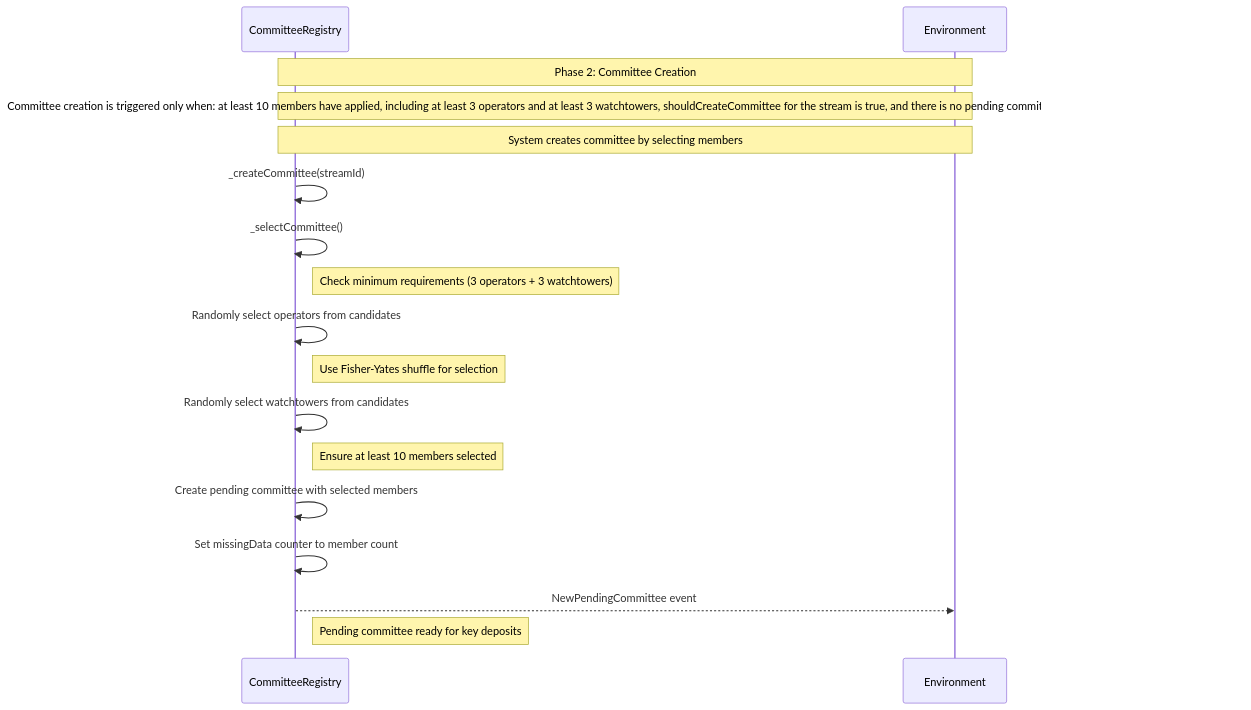
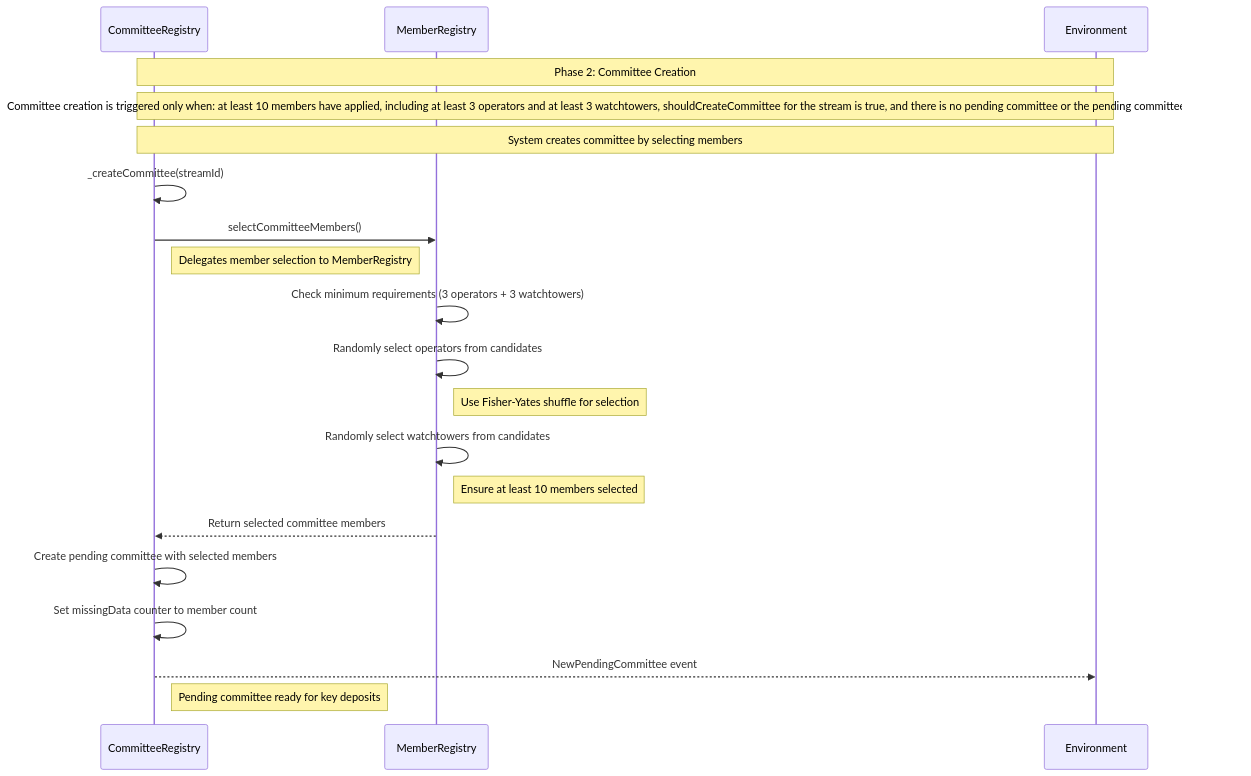
Before and after one commit to rsksmart/union-bridge-contracts: the second of 11 diagrams in docs/src/README.md, drawn with Mermaid. The commit also changed other lines of this file and 7 other files, not shown here.

Commit message:
update documentation after CommitteeRegistry split

````diff
--- a/docs/src/README.md
+++ b/docs/src/README.md
@@ -71,21 +74,24 @@
 ```mermaid
 sequenceDiagram
     participant CR as CommitteeRegistry
+    participant MR as MemberRegistry
     participant ENV as Environment
 
     Note over CR,ENV: Phase 2: Committee Creation
     Note over CR,ENV: Committee creation is triggered only when: at least 10 members have applied, including at least 3 operators and at least 3 watchtowers, shouldCreateCommittee for the stream is true, and there is no pending committee or the pending committee has expired
     Note over CR,ENV: System creates committee by selecting members
 
     CR->>CR: _createCommittee(streamId)
-    CR->>CR: _selectCommittee()
-    Note right of CR: Check minimum requirements (3 operators + 3 watchtowers)
-    CR->>CR: Randomly select operators from candidates
-    Note right of CR: Use Fisher-Yates shuffle for selection
-    CR->>CR: Randomly select watchtowers from candidates
-    Note right of CR: Ensure at least 10 members selected
+    CR->>MR: selectCommitteeMembers()
+    Note right of CR: Delegates member selection to MemberRegistry
+    MR->>MR: Check minimum requirements (3 operators + 3 watchtowers)
+    MR->>MR: Randomly select operators from candidates
+    Note right of MR: Use Fisher-Yates shuffle for selection
+    MR->>MR: Randomly select watchtowers from candidates
+    Note right of MR: Ensure at least 10 members selected
+    MR-->>CR: Return selected committee members
     CR->>CR: Create pending committee with selected members
     CR->>CR: Set missingData counter to member count
     CR-->>ENV: NewPendingCommittee event
     Note right of CR: Pending committee ready for key deposits
 ```
````
